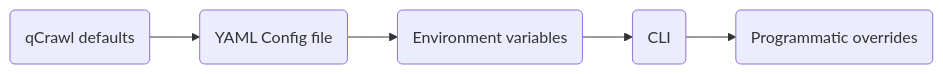
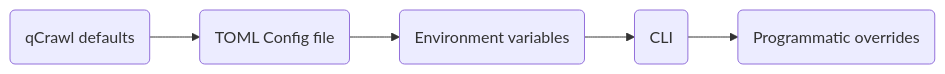
One commit to crawlcore/qcrawl changed the diagram in docs/concepts/settings.md. Above: the diagram before and after it, drawn with Mermaid. The commit also changed other lines of this file, not shown here.

````diff
--- a/docs/concepts/settings.md
+++ b/docs/concepts/settings.md
@@ -10,4 +10,4 @@
 ``` mermaid
 flowchart LR
-    A(qCrawl defaults) --> B(YAML Config file) --> C(Environment variables) --> D(CLI) --> E(Programmatic overrides)
+    A(qCrawl defaults) --> B(TOML Config file) --> C(Environment variables) --> D(CLI) --> E(Programmatic overrides)
 ```
````
